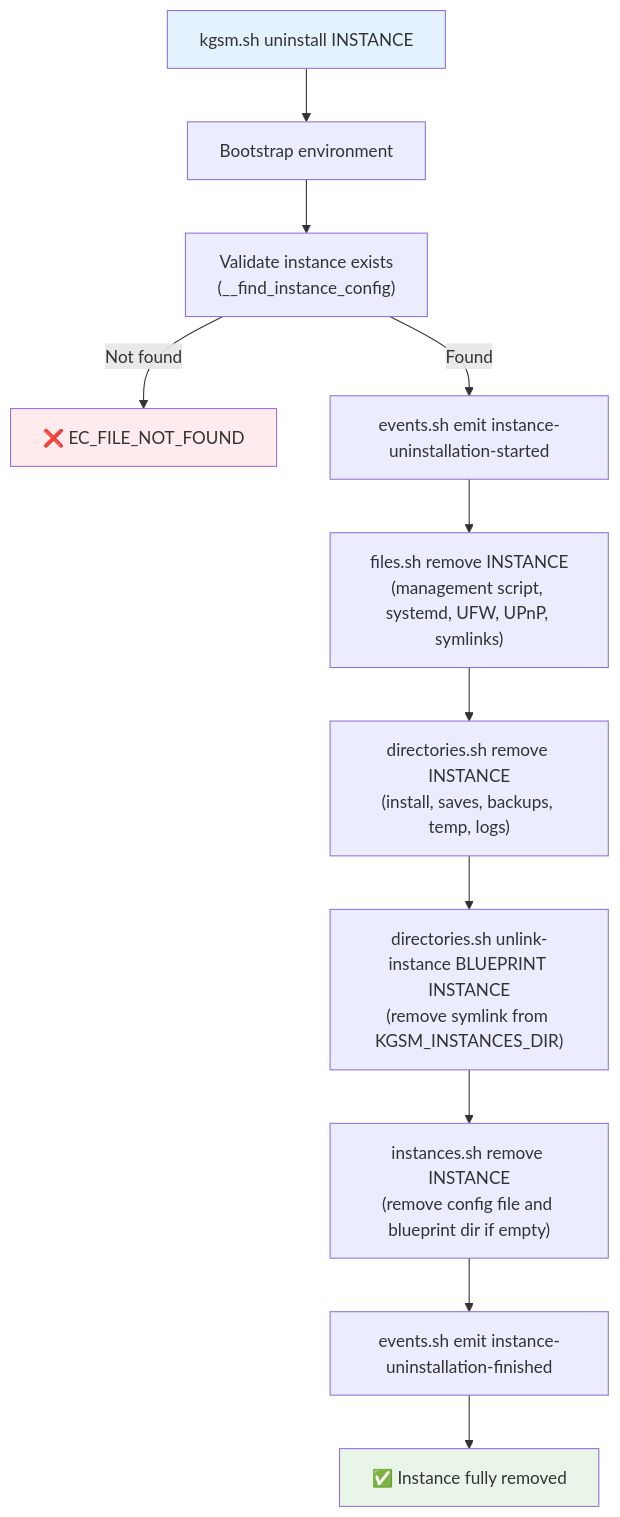
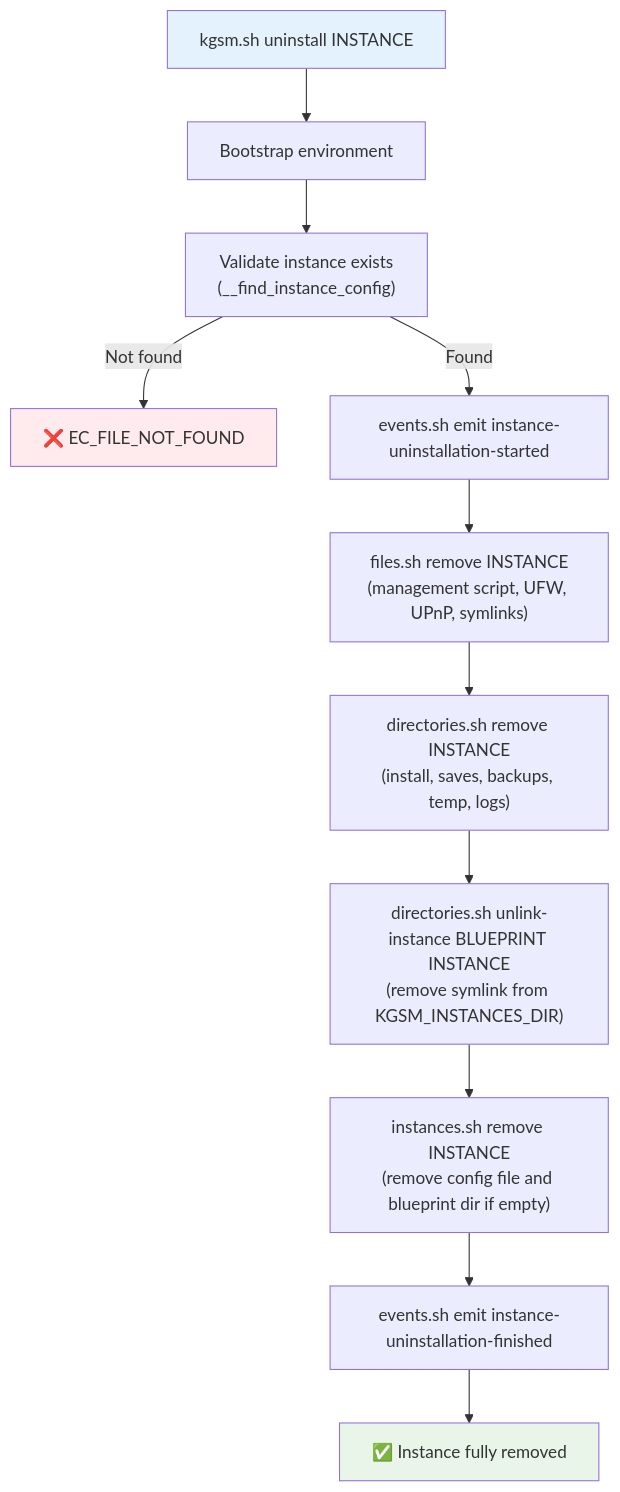
Before and after one commit to TheKrystalShip/kgsm: the fifth of 9 diagrams in docs/execution_flows.md, drawn with Mermaid. The commit also changed other lines of this file and 9 other files, not shown here.

````diff
--- a/docs/execution_flows.md
+++ b/docs/execution_flows.md
@@ -276,18 +276,18 @@
 ```mermaid
 graph TD
     A["kgsm.sh uninstall INSTANCE"] --> AA["Bootstrap environment"]
     AA --> B["Validate instance exists<br/>(__find_instance_config)"]
     B -->|"Not found"| Z1["❌ EC_FILE_NOT_FOUND"]
     B -->|"Found"| C["events.sh emit instance-uninstallation-started"]
 
-    C --> D["files.sh remove INSTANCE<br/>(management script, systemd, UFW, UPnP, symlinks)"]
+    C --> D["files.sh remove INSTANCE<br/>(management script, UFW, UPnP, symlinks)"]
     D --> E["directories.sh remove INSTANCE<br/>(install, saves, backups, temp, logs)"]
     E --> F["directories.sh unlink-instance BLUEPRINT INSTANCE<br/>(remove symlink from KGSM_INSTANCES_DIR)"]
     F --> G["instances.sh remove INSTANCE<br/>(remove config file and blueprint dir if empty)"]
     G --> H["events.sh emit instance-uninstallation-finished"]
     H --> I["✅ Instance fully removed"]
 
     style A fill:#e3f2fd
     style I fill:#e8f5e8
     style Z1 fill:#ffebee
 ```
````
